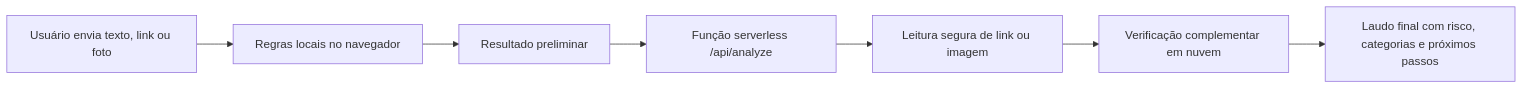
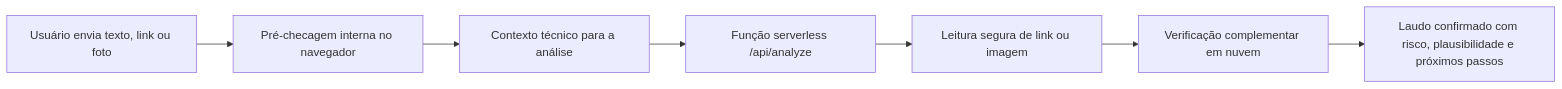
The diagram in README.md (leonwaoo/confere-agora), drawn with Mermaid before and after one commit. The commit also changed other lines of this file and 11 other files, not shown here.

````diff
--- a/README.md
+++ b/README.md
@@ -47,9 +49,9 @@
 ```mermaid
 flowchart LR
-  A["Usuário envia texto, link ou foto"] --> B["Regras locais no navegador"]
-  B --> C["Resultado preliminar"]
+  A["Usuário envia texto, link ou foto"] --> B["Pré-checagem interna no navegador"]
+  B --> C["Contexto técnico para a análise"]
   C --> D["Função serverless /api/analyze"]
   D --> E["Leitura segura de link ou imagem"]
   E --> F["Verificação complementar em nuvem"]
-  F --> G["Laudo final com risco, categorias e próximos passos"]
+  F --> G["Laudo confirmado com risco, plausibilidade e próximos passos"]
 ```
````
